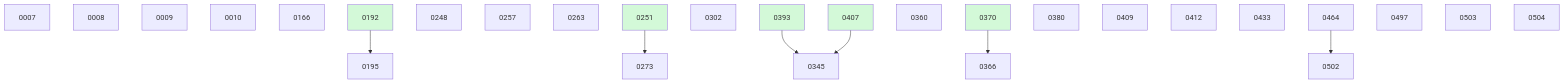
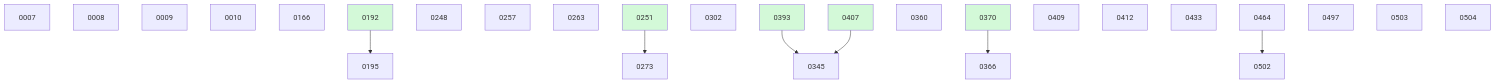
One commit to danielhanold/docket changed the diagram in docs/changes/BOARD.md. Above: the diagram before and after it, drawn with Mermaid. The commit also changed other lines of this file and 1 other file, not shown here.

````diff
--- a/docs/changes/BOARD.md
+++ b/docs/changes/BOARD.md
@@ -48,33 +47,32 @@
 ```mermaid
 graph TD
   0007
   0008
   0009
   0010
   0166
   0192 --> 0195
   0248
   0257
   0263
   0251 --> 0273
   0302
   0393 --> 0345
   0407 --> 0345
   0360
   0370 --> 0366
-  0380
   0409
   0412
   0433
   0464
   0497
   0464 --> 0502
   0503
   0504
   0192:::done
   0251:::done
   0370:::done
   0393:::done
   0407:::done
   classDef done fill:#d3f9d8;
 ```
````
